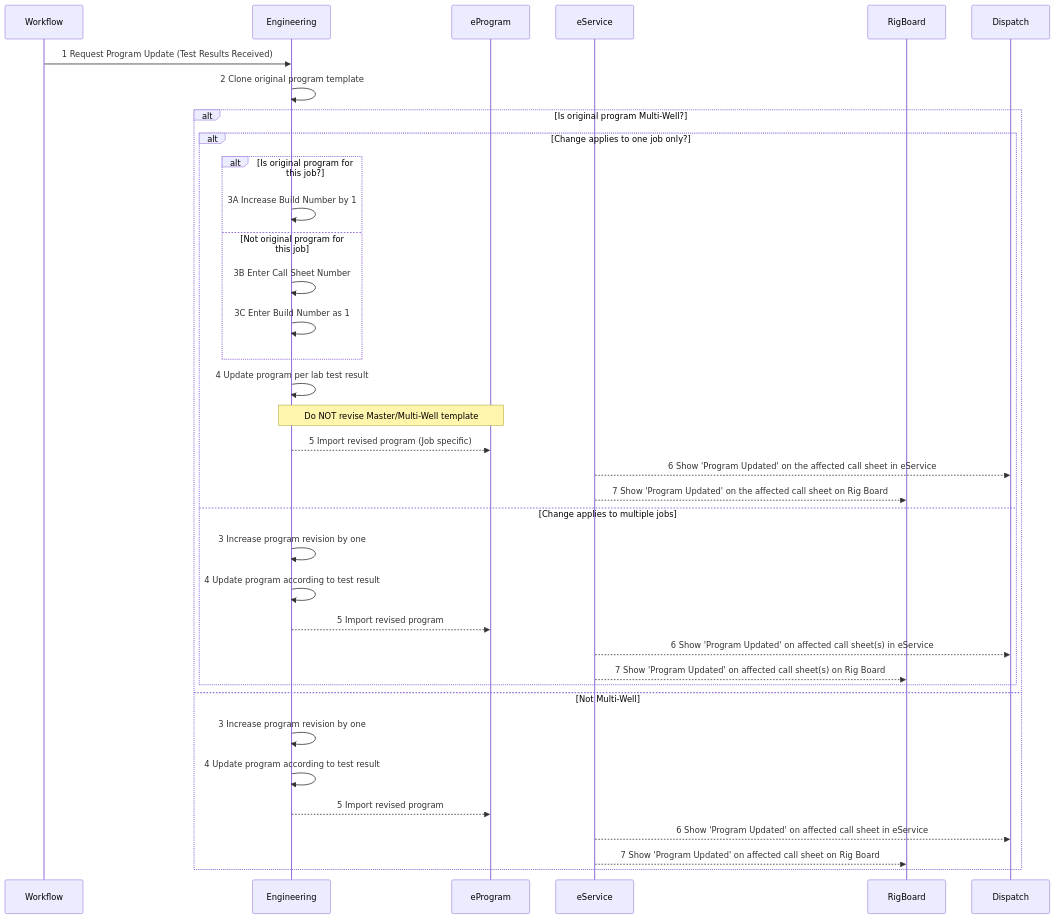
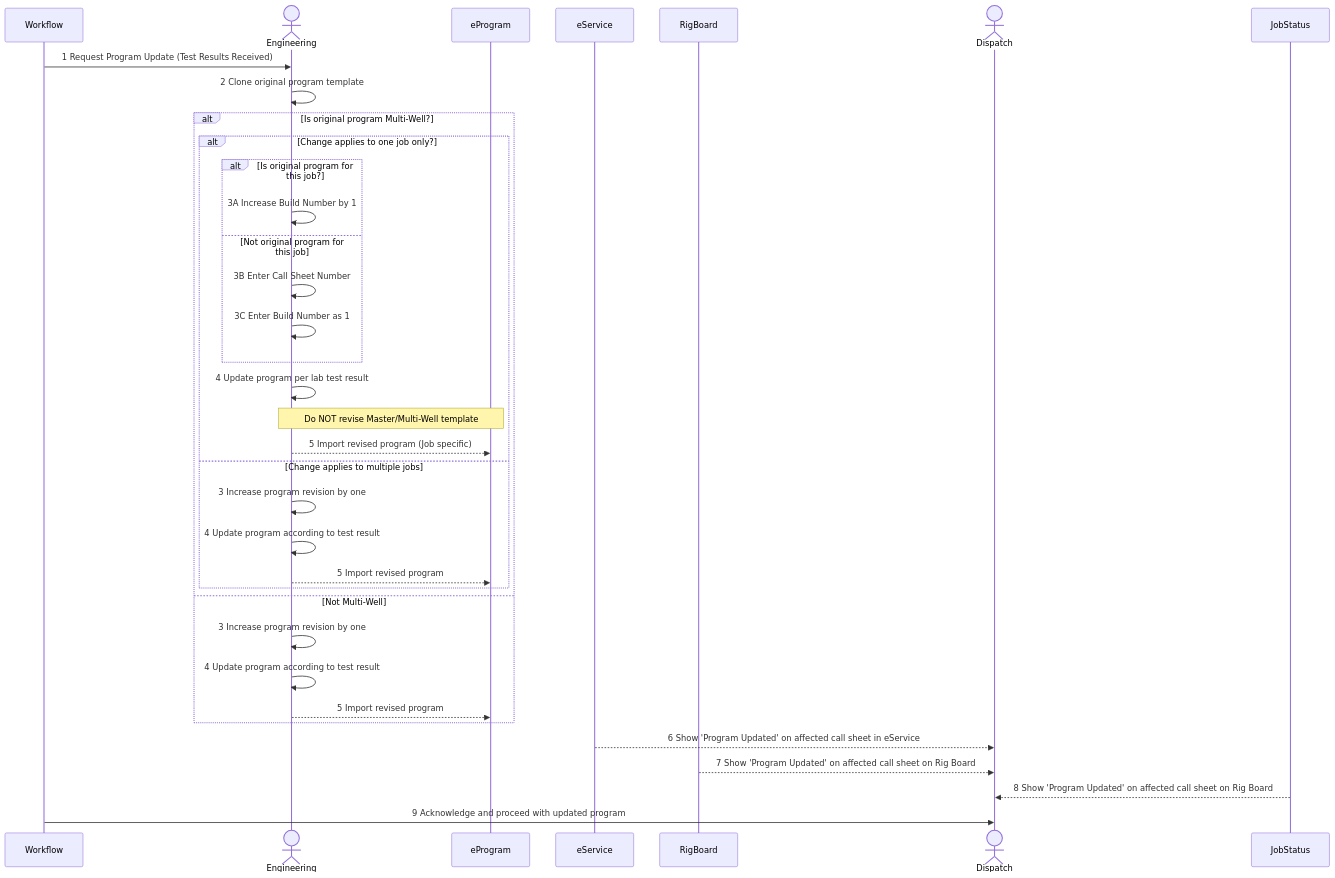
One commit to Sanjel-Energy-Services/eService_WorkItems changed the diagram in Documents/04 - Cementing Service Request/09 - Prepare Material/05 - Blend Approval Process/10 - Program Update/collaboration.md. Above: the diagram before and after it, drawn with Mermaid. The commit also changed 1 other file, not shown here.

Commit message:
Update the multi-wee process

````diff
--- a/Documents/04 - Cementing Service Request/09 - Prepare Material/05 - Blend Approval Process/10 - Program Update/collaboration.md
+++ b/Documents/04 - Cementing Service Request/09 - Prepare Material/05 - Blend Approval Process/10 - Program Update/collaboration.md
@@ -4,40 +4,39 @@
 ```mermaid
 sequenceDiagram
     participant Workflow
-    participant Engineering
+    actor Engineering
     participant eProgram
     participant eService
     participant RigBoard
-    participant Dispatch
+    actor Dispatch
+    participant JobStatus
 
     Workflow->>Engineering: 1 Request Program Update (Test Results Received)
     Engineering->>Engineering: 2 Clone original program template
     alt Is original program Multi-Well?
         alt Change applies to one job only?
             alt Is original program for this job?
                 Engineering->>Engineering: 3A Increase Build Number by 1
             else Not original program for this job
                 Engineering->>Engineering: 3B Enter Call Sheet Number
                 Engineering->>Engineering: 3C Enter Build Number as 1
             end
             Engineering->>Engineering: 4 Update program per lab test result
             Note over Engineering,eProgram: Do NOT revise Master/Multi-Well template
             Engineering-->>eProgram: 5 Import revised program (Job specific)
-            eService-->>Dispatch: 6 Show 'Program Updated' on the affected call sheet in eService
-            eService-->>RigBoard: 7 Show 'Program Updated' on the affected call sheet on Rig Board
         else Change applies to multiple jobs
             Engineering->>Engineering: 3 Increase program revision by one
             Engineering->>Engineering: 4 Update program according to test result
             Engineering-->>eProgram: 5 Import revised program
-            eService-->>Dispatch: 6 Show 'Program Updated' on affected call sheet(s) in eService
-            eService-->>RigBoard: 7 Show 'Program Updated' on affected call sheet(s) on Rig Board
         end
     else Not Multi-Well
         Engineering->>Engineering: 3 Increase program revision by one
         Engineering->>Engineering: 4 Update program according to test result
         Engineering-->>eProgram: 5 Import revised program
+    end
         eService-->>Dispatch: 6 Show 'Program Updated' on affected call sheet in eService
-        eService-->>RigBoard: 7 Show 'Program Updated' on affected call sheet on Rig Board
-    end
+        RigBoard-->>Dispatch: 7 Show 'Program Updated' on affected call sheet on Rig Board
+        JobStatus-->>Dispatch: 8 Show 'Program Updated' on affected call sheet on Rig Board
+        Workflow->>Dispatch: 9 Acknowledge and proceed with updated program
 
 ```
````
